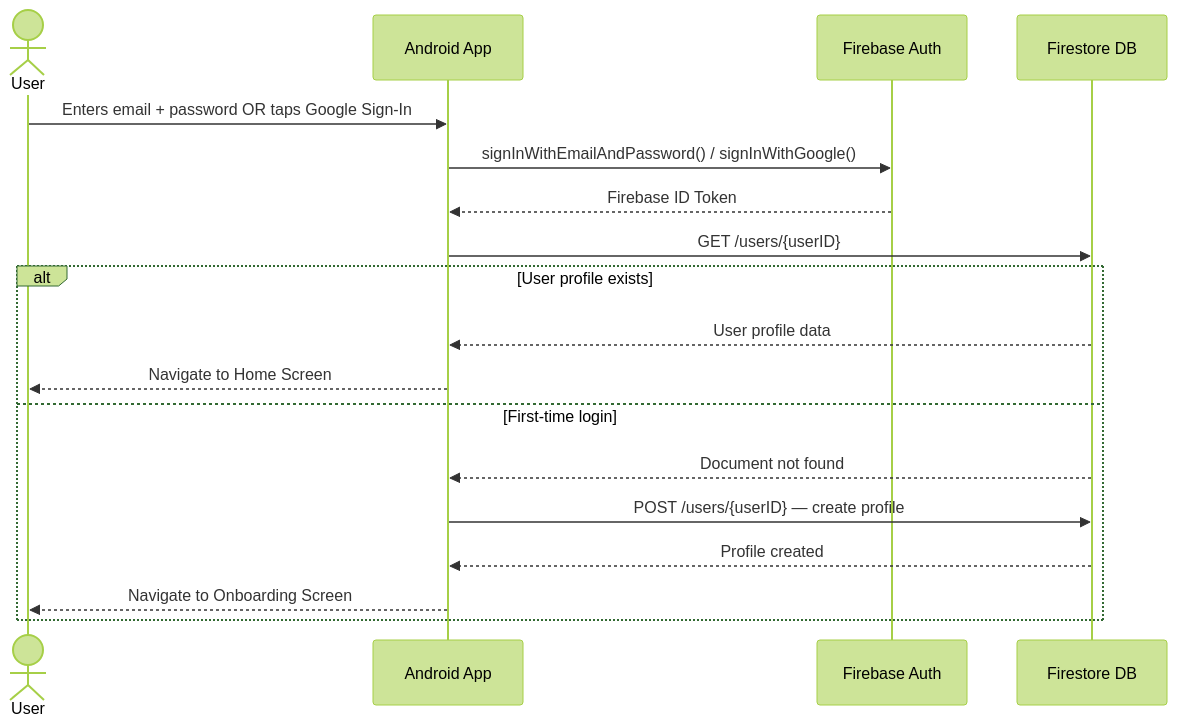
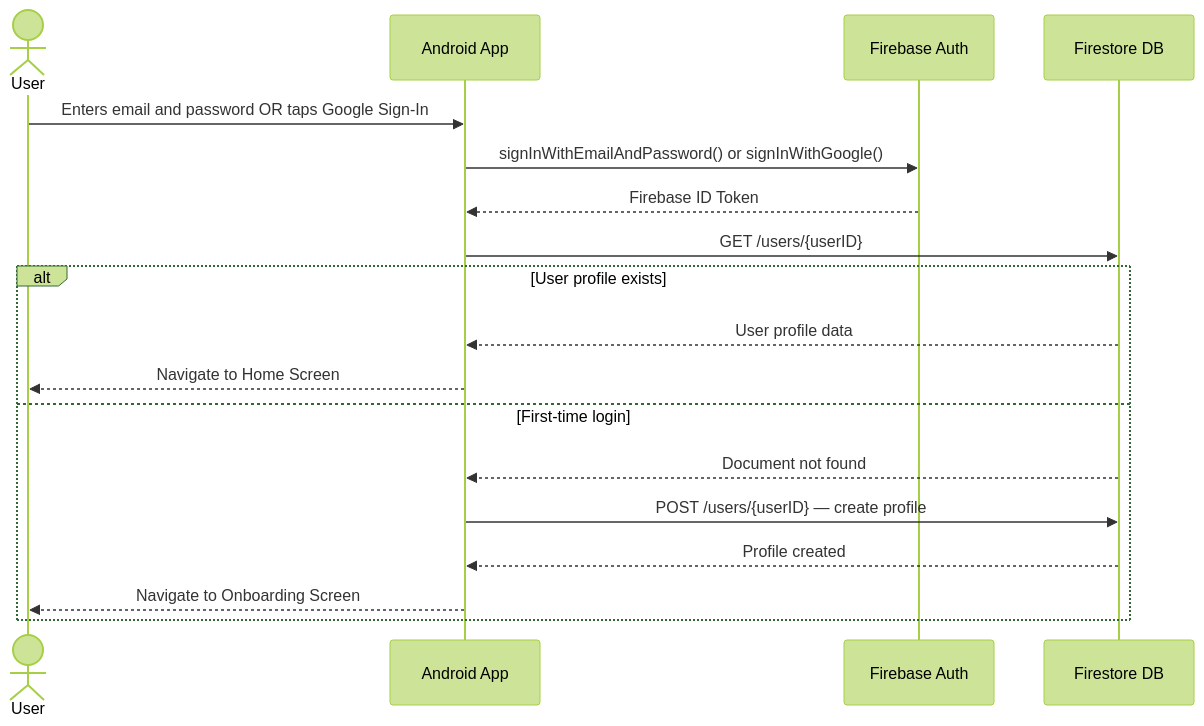
One commit to yousef-MAjeeb/Eco-Guardian changed the eighth of 11 diagrams in App Documentation/System Analysis & Design — Eco-Guardian.md. Above: the diagram before and after it, drawn with Mermaid (forest theme). The commit also changed other lines of this file, not shown here.

````diff
--- a/App Documentation/System Analysis & Design — Eco-Guardian.md
+++ b/App Documentation/System Analysis & Design — Eco-Guardian.md
@@ -340,22 +377,23 @@
 ```mermaid
 sequenceDiagram
     actor User
     participant App as Android App
     participant FireAuth as Firebase Auth
     participant Firestore as Firestore DB
 
-    User->>App: Enters email + password OR taps Google Sign-In
-    App->>FireAuth: signInWithEmailAndPassword() / signInWithGoogle()
+    User->>App: Enters email and password OR taps Google Sign-In
+    App->>FireAuth: signInWithEmailAndPassword() or signInWithGoogle()
     FireAuth-->>App: Firebase ID Token
 
     App->>Firestore: GET /users/{userID}
+
     alt User profile exists
         Firestore-->>App: User profile data
         App-->>User: Navigate to Home Screen
     else First-time login
         Firestore-->>App: Document not found
         App->>Firestore: POST /users/{userID} — create profile
         Firestore-->>App: Profile created
         App-->>User: Navigate to Onboarding Screen
     end
 ```
````
